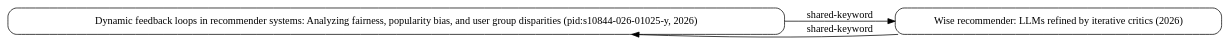
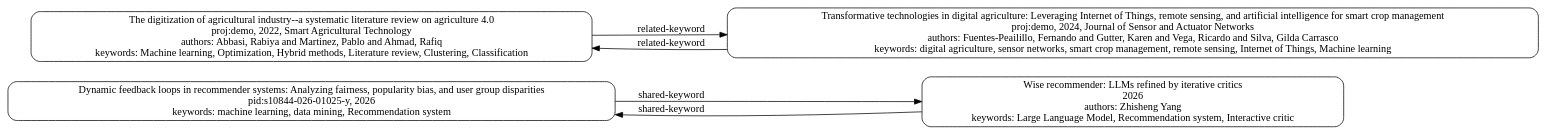
One commit to Jameakelan/papergraph changed the diagram in library/graph/graph.dot. Above: the diagram before and after it, drawn with Graphviz. The commit also changed 38 other files, not shown here.

Commit message:
feat: Implement initial web UI for paper and project management, including graph visualization, BibTeX export, and new backend tools and API endpoints.

```diff
--- a/library/graph/graph.dot
+++ b/library/graph/graph.dot
@@ -1,8 +1,12 @@
 digraph Papers {
   rankdir=LR;
   node [shape=box, style=rounded];
-  "1" [label="Dynamic feedback loops in recommender systems: Analyzing fairness, popularity bias, and user group disparities (pid:s10844-026-01025-y, 2026)"];
-  "2" [label="Wise recommender: LLMs refined by iterative critics (2026)"];
+  "1" [label="Dynamic feedback loops in recommender systems: Analyzing fairness, popularity bias, and user group disparities\npid:s10844-026-01025-y, 2026\nkeywords: machine learning, data mining, Recommendation system"];
+  "2" [label="Wise recommender: LLMs refined by iterative critics\n2026\nauthors: Zhisheng Yang\nkeywords: Large Language Model, Recommendation system, Interactive critic"];
+  "3" [label="The digitization of agricultural industry--a systematic literature review on agriculture 4.0\nproj:demo, 2022, Smart Agricultural Technology\nauthors: Abbasi, Rabiya and Martinez, Pablo and Ahmad, Rafiq\nkeywords: Machine learning, Optimization, Hybrid methods, Literature review, Clustering, Classification"];
+  "4" [label="Transformative technologies in digital agriculture: Leveraging Internet of Things, remote sensing, and artificial intelligence for smart crop management\nproj:demo, 2024, Journal of Sensor and Actuator Networks\nauthors: Fuentes-Peailillo, Fernando and Gutter, Karen and Vega, Ricardo and Silva, Gilda Carrasco\nkeywords: digital agriculture, sensor networks, smart crop management, remote sensing, Internet of Things, Machine learning"];
   "1" -> "2" [label="shared-keyword"];
   "2" -> "1" [label="shared-keyword"];
+  "3" -> "4" [label="related-keyword"];
+  "4" -> "3" [label="related-keyword"];
 }
```
